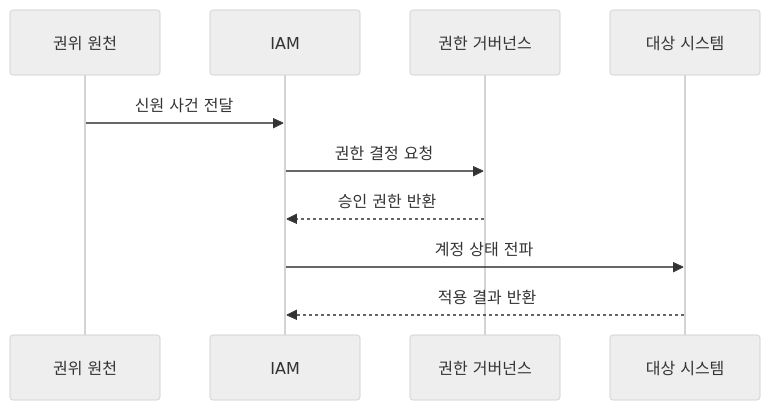
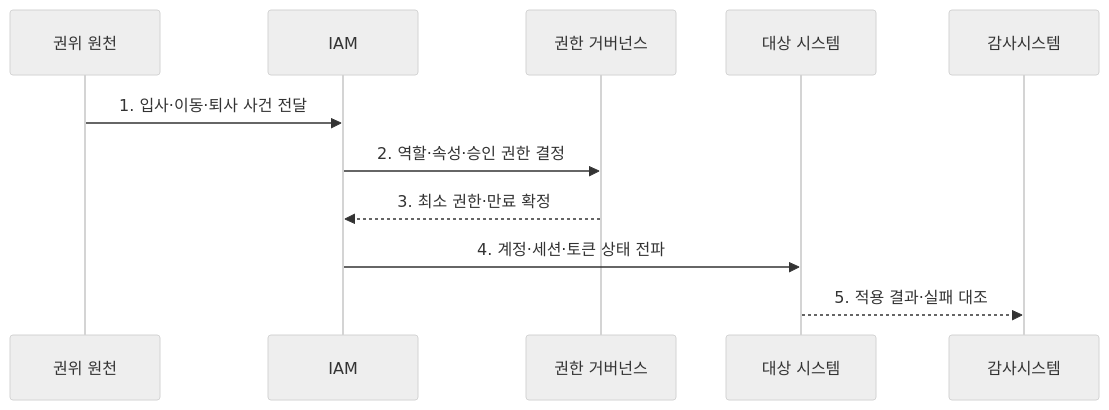
Before and after one commit to agnusdei1207/knowledge-base: the second of 2 diagrams in src/content/docs/notes/05-security/061_iam.md, drawn with Mermaid (neutral theme). The commit also changed other lines of this file and 5 other files, not shown here.

````diff
--- a/src/content/docs/notes/05-security/061_iam.md
+++ b/src/content/docs/notes/05-security/061_iam.md
@@ -86,12 +85,13 @@
 ```mermaid
 sequenceDiagram
     participant H as 권위 원천
     participant I as IAM
     participant G as 권한 거버넌스
     participant S as 대상 시스템
-    H->>I: 신원 사건 전달
-    I->>G: 권한 결정 요청
-    G-->>I: 승인 권한 반환
-    I->>S: 계정 상태 전파
-    S-->>I: 적용 결과 반환
+    participant 감사시스템
+    H->>I: 1. 입사·이동·퇴사 사건 전달
+    I->>G: 2. 역할·속성·승인 권한 결정
+    G-->>I: 3. 최소 권한·만료 확정
+    I->>S: 4. 계정·세션·토큰 상태 전파
+    S-->>감사시스템: 5. 적용 결과·실패 대조
 ```
````
